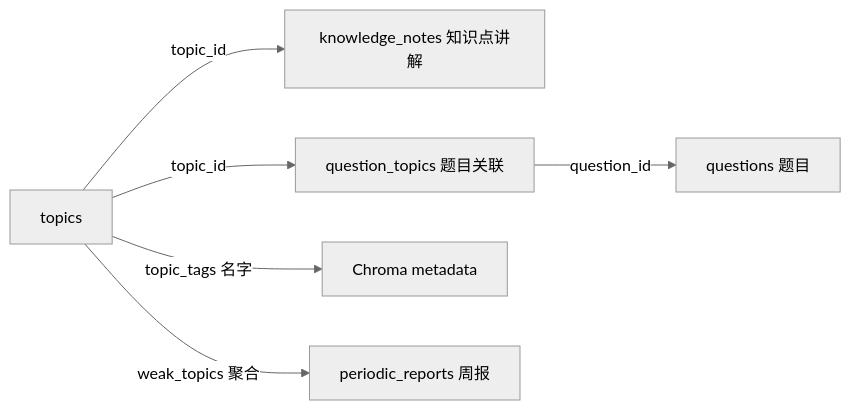
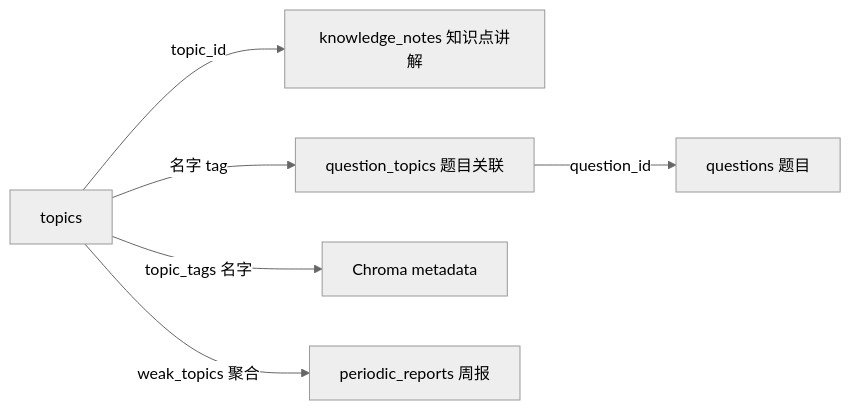
Before and after one commit to ttzc/gaokao_rag: the diagram in docs/store/db/topics.md, drawn with Mermaid (neutral theme). The commit also changed other lines of this file and 4 other files, not shown here.

First line of the commit message:
docs: question_topics 关联存知识点名字而非 id（树演化不影响关联）

````diff
--- a/docs/store/db/topics.md
+++ b/docs/store/db/topics.md
@@ -86,8 +86,8 @@
 ```mermaid
 flowchart LR
     T[topics] -->|topic_id| KN[knowledge_notes 知识点讲解]
-    T -->|topic_id| QT[question_topics 题目关联]
+    T -->|名字 tag| QT[question_topics 题目关联]
     T -->|topic_tags 名字| CHROMA[Chroma metadata]
     QT -->|question_id| Q[questions 题目]
     T -->|weak_topics 聚合| R[periodic_reports 周报]
 ```
````
